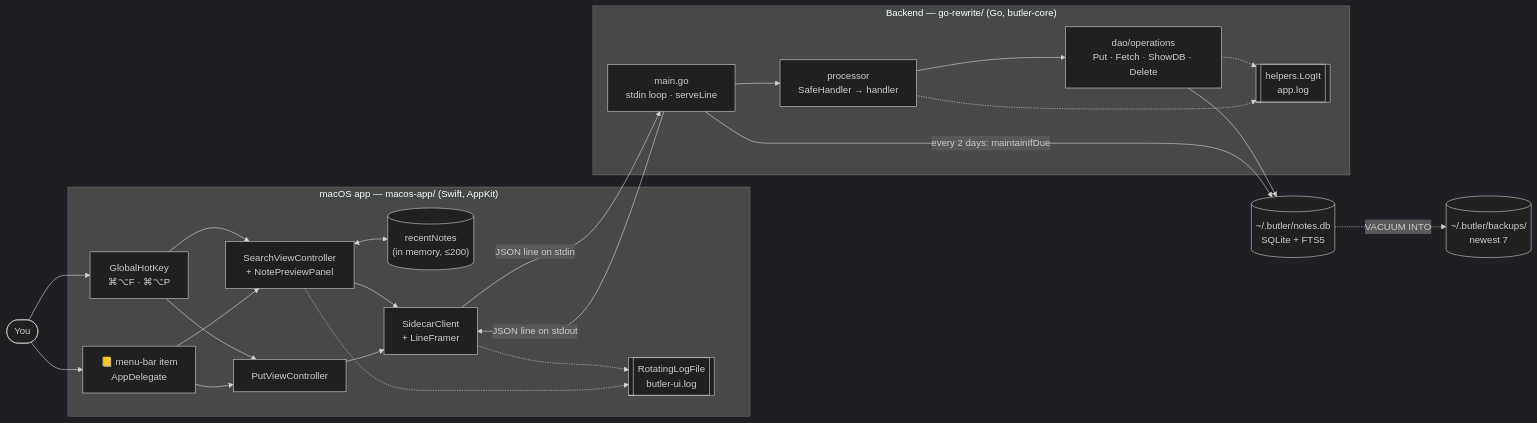
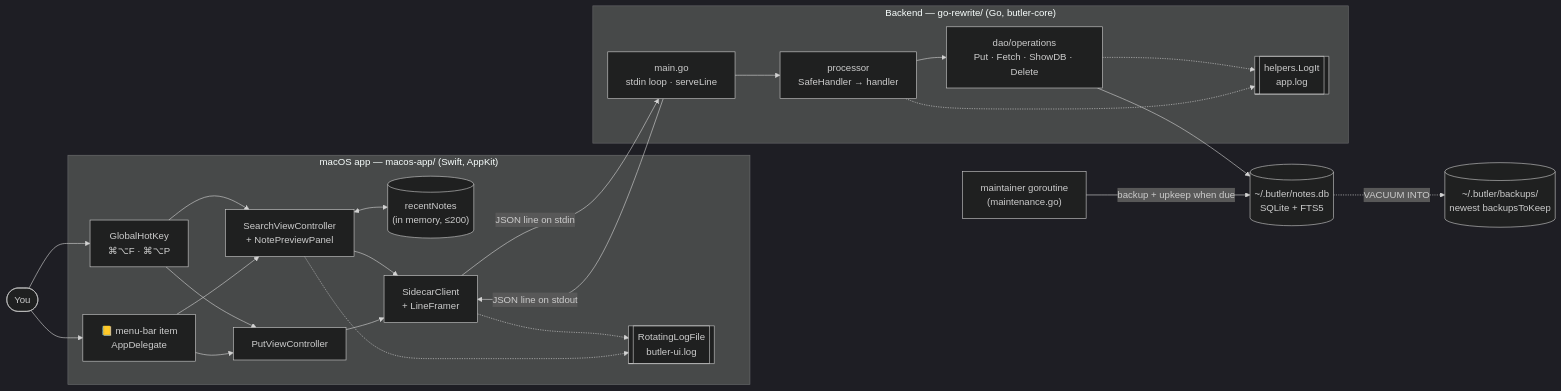
Before and after one commit to Rishabh-Hupr/note-taking: the first of 12 diagrams in DATA_FLOW.md, drawn with Mermaid (dark theme). The commit also changed other lines of this file and 4 other files, not shown here.

````diff
--- a/DATA_FLOW.md
+++ b/DATA_FLOW.md
@@ -13,41 +13,41 @@
 ```mermaid
 flowchart LR
     user([You])
 
     subgraph app["macOS app — macos-app/ (Swift, AppKit)"]
         hotkeys["GlobalHotKey<br/>⌘⌥F · ⌘⌥P"]
         menu["📒 menu-bar item<br/>AppDelegate"]
         search["SearchViewController<br/>+ NotePreviewPanel"]
         put["PutViewController"]
         cache[("recentNotes<br/>(in memory, ≤200)")]
         client["SidecarClient<br/>+ LineFramer"]
         uilog[["RotatingLogFile<br/>butler-ui.log"]]
     end
 
     subgraph backend["Backend — go-rewrite/ (Go, butler-core)"]
         loop["main.go<br/>stdin loop · serveLine"]
         proc["processor<br/>SafeHandler → handler"]
         ops["dao/operations<br/>Put · Fetch · ShowDB · Delete"]
         golog[["helpers.LogIt<br/>app.log"]]
     end
 
     db[("~/.butler/notes.db<br/>SQLite + FTS5")]
-    backups[("~/.butler/backups/<br/>newest 7")]
+    backups[("~/.butler/backups/<br/>newest backupsToKeep")]
 
     user --> hotkeys
     user --> menu
     hotkeys --> search & put
     menu --> search & put
     search <--> cache
     search --> client
     put --> client
     client -- "JSON line on stdin" --> loop
     loop -- "JSON line on stdout" --> client
     loop --> proc --> ops --> db
-    loop -- "every 2 days: maintainIfDue" --> db
+    maint["maintainer goroutine<br/>(maintenance.go)"] -- "backup + upkeep when due" --> db
     db -.->|VACUUM INTO| backups
     client -.-> uilog
     search -.-> uilog
     ops -.-> golog
     proc -.-> golog
 ```
````
